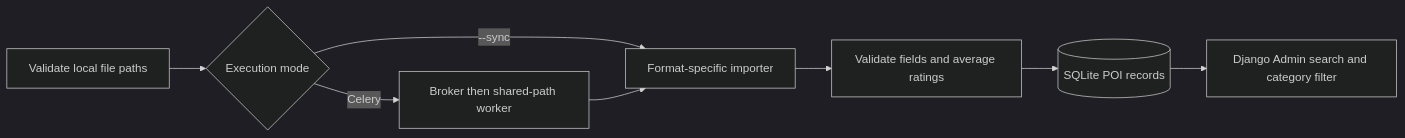
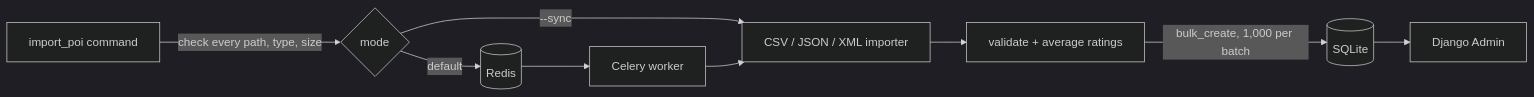
One commit to WajidAwais/geo-point-bulk-loader changed the diagram in README.md. Above: the diagram before and after it, drawn with Mermaid (dark theme). The commit also changed other lines of this file and 1 other file, not shown here.

First line of the commit message:
Rewrite the README around the Compose path and add an MIT license

````diff
--- a/README.md
+++ b/README.md
@@ -60,10 +24,10 @@
 ```mermaid
 flowchart LR
-  F[Validate local file paths] --> M{Execution mode}
-  M -->|--sync| I[Format-specific importer]
-  M -->|Celery| Q[Broker then shared-path worker]
-  Q --> I
-  I --> V[Validate fields and average ratings]
-  V --> D[(SQLite POI records)]
-  D --> A[Django Admin search and category filter]
+  C[import_poi command] -->|check every path, type, size| M{mode}
+  M -->|default| R[(Redis)] --> W[Celery worker]
+  M -->|--sync| I
+  W --> I[CSV / JSON / XML importer]
+  I --> V[validate + average ratings]
+  V -->|bulk_create, 1,000 per batch| D[(SQLite)]
+  D --> A[Django Admin]
 ```
````
